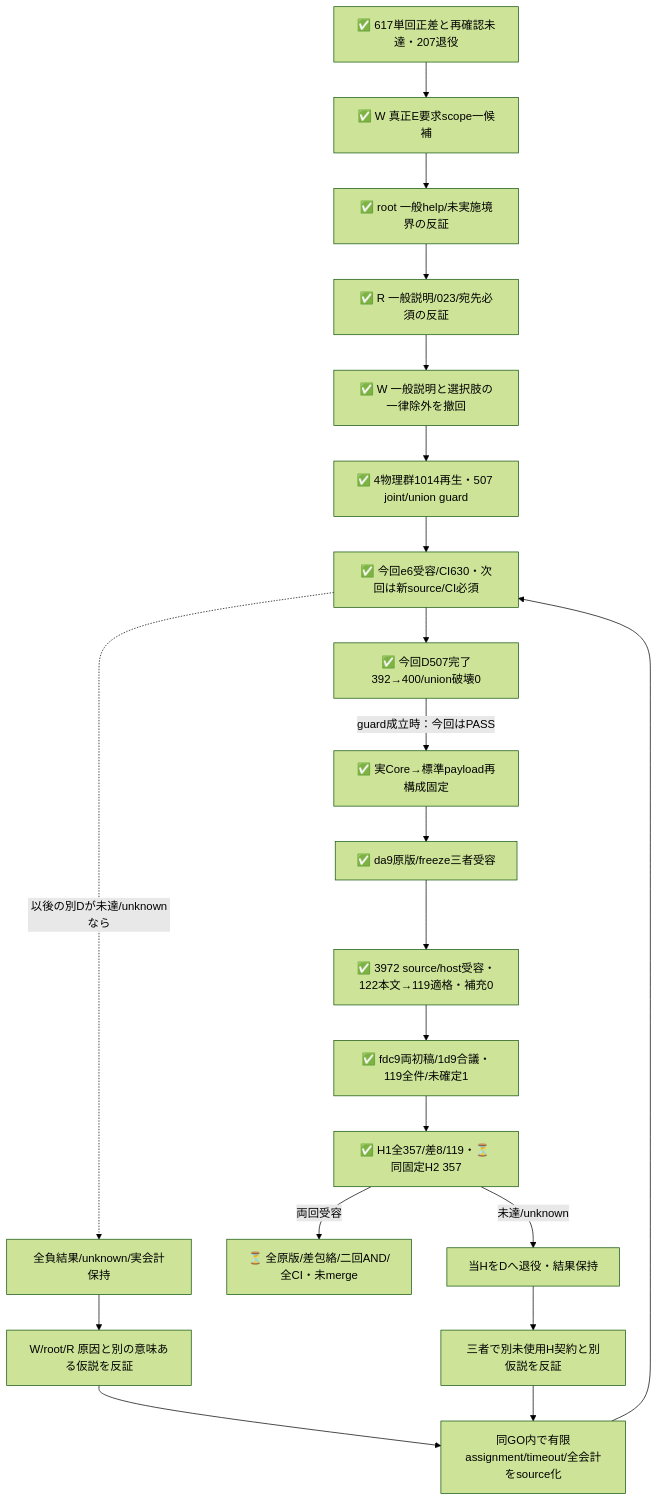
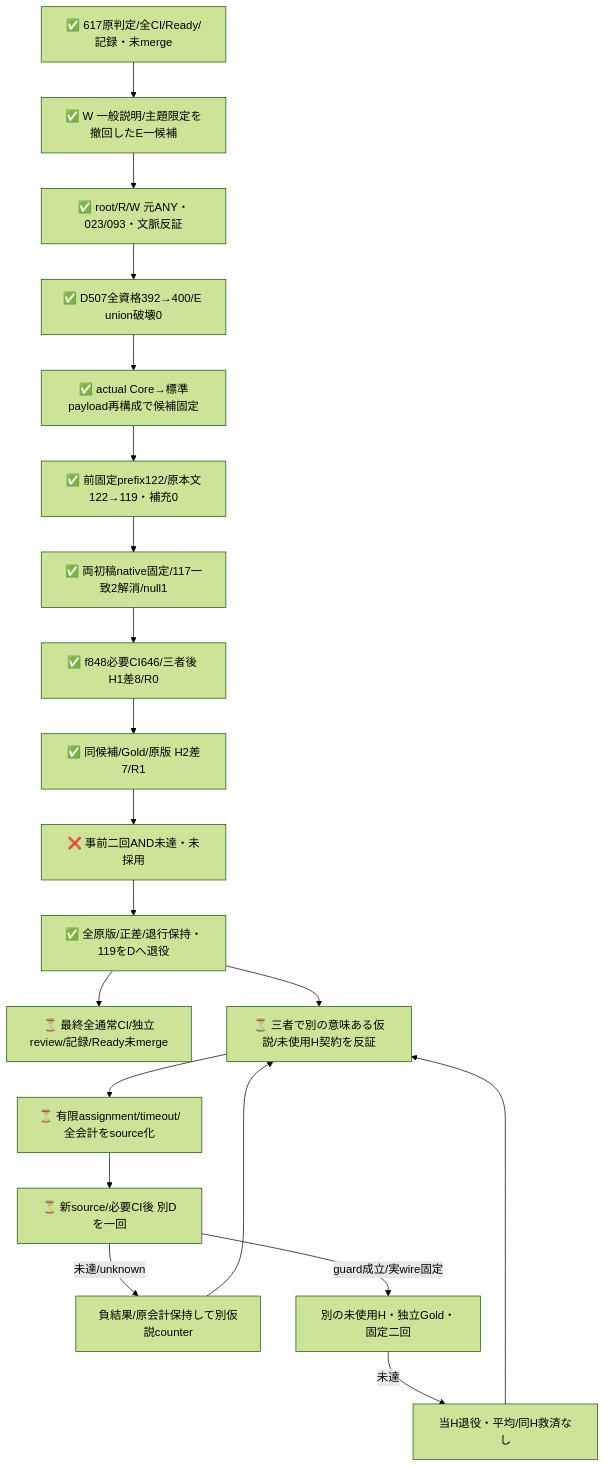
One commit to roccho-org/ops changed the diagram in experiments/sys1-eval-loop/expectation/README.md. Above: the diagram before and after it, drawn with Mermaid (forest theme). The commit also changed other lines of this file and 12 other files, not shown here.

````diff
--- a/experiments/sys1-eval-loop/expectation/README.md
+++ b/experiments/sys1-eval-loop/expectation/README.md
@@ -33,23 +71,22 @@
 ```mermaid
 flowchart TB
-  OLD[✅ 617単回正差と再確認未達・207退役] --> CLAIM[✅ W 真正E要求scope一候補]
-  CLAIM --> ROOT[✅ root 一般help/未実施境界の反証]
-  ROOT --> R[✅ R 一般説明/023/宛先必須の反証]
-  R --> REVISE[✅ W 一般説明と選択肢の一律除外を撤回]
-  REVISE --> PURE[✅ 4物理群1014再生・507 joint/union guard]
-  PURE --> ENTRY[✅ 今回e6受容/CI630・次回は新source/CI必須]
-  ENTRY --> D[✅ 今回D507完了392→400/union破壊0]
-  D -->|guard成立時：今回はPASS| FREEZE[✅ 実Core→標準payload再構成固定]
-  FREEZE --> REVIEW[✅ da9原版/freeze三者受容]
-  REVIEW --> BODY[✅ 3972 source/host受容・122本文→119適格・補充0]
-  BODY --> GOLD[✅ fdc9両初稿/1d9合議・119全件/未確定1]
-  GOLD --> H[✅ H1全357/差8/119・⏳ 同固定H2 357]
-  ENTRY -. 以後の別Dが未達/unknownなら .-> KEEP[全負結果/unknown/実会計保持]
-  KEEP --> COUNTER[W/root/R 原因と別の意味ある仮説を反証]
-  COUNTER --> CONTRACT[同GO内で有限assignment/timeout/全会計をsource化]
-  CONTRACT --> ENTRY
-  H -->|両回受容| END[⏳ 全原版/差包絡/二回AND/全CI・未merge]
-  H -->|未達/unknown| RETIRE[当HをDへ退役・結果保持]
-  RETIRE --> NEW[三者で別未使用H契約と別仮説を反証]
-  NEW --> CONTRACT
+  OLD[✅ 617原判定/全CI/Ready/記録・未merge] --> CLAIM[✅ W 一般説明/主題限定を撤回したE一候補]
+  CLAIM --> COUNTER[✅ root/R/W 元ANY・023/093・文脈反証]
+  COUNTER --> D[✅ D507全資格392→400/E union破壊0]
+  D --> FREEZE[✅ actual Core→標準payload再構成で候補固定]
+  FREEZE --> BODY[✅ 前固定prefix122/原本文122→119・補充0]
+  BODY --> GOLD[✅ 両初稿native固定/117一致2解消/null1]
+  GOLD --> H1[✅ f848必要CI646/三者後 H1差8/R0]
+  H1 --> H2[✅ 同候補/Gold/原版 H2差7/R1]
+  H2 --> FAIL[❌ 事前二回AND未達・未採用]
+  FAIL --> RETIRE[✅ 全原版/正差/退行保持・119をDへ退役]
+  RETIRE --> CLOSE[⏳ 最終全通常CI/独立review/記録/Ready未merge]
+  RETIRE --> NEXT[⏳ 三者で別の意味ある仮説/未使用H契約を反証]
+  NEXT --> SOURCE[⏳ 有限assignment/timeout/全会計をsource化]
+  SOURCE --> NEWD[⏳ 新source/必要CI後 別Dを一回]
+  NEWD -->|未達/unknown| KEEP[負結果/原会計保持して別仮説counter]
+  KEEP --> NEXT
+  NEWD -->|guard成立/実wire固定| NEWH[別の未使用H・独立Gold・固定二回]
+  NEWH -->|未達| RETIRE2[当H退役・平均/同H救済なし]
+  RETIRE2 --> NEXT
 ```
````
